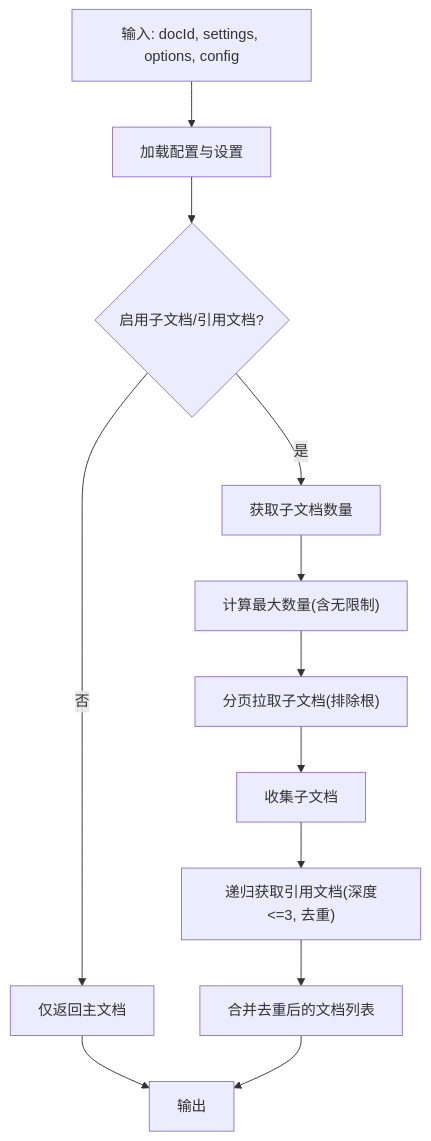
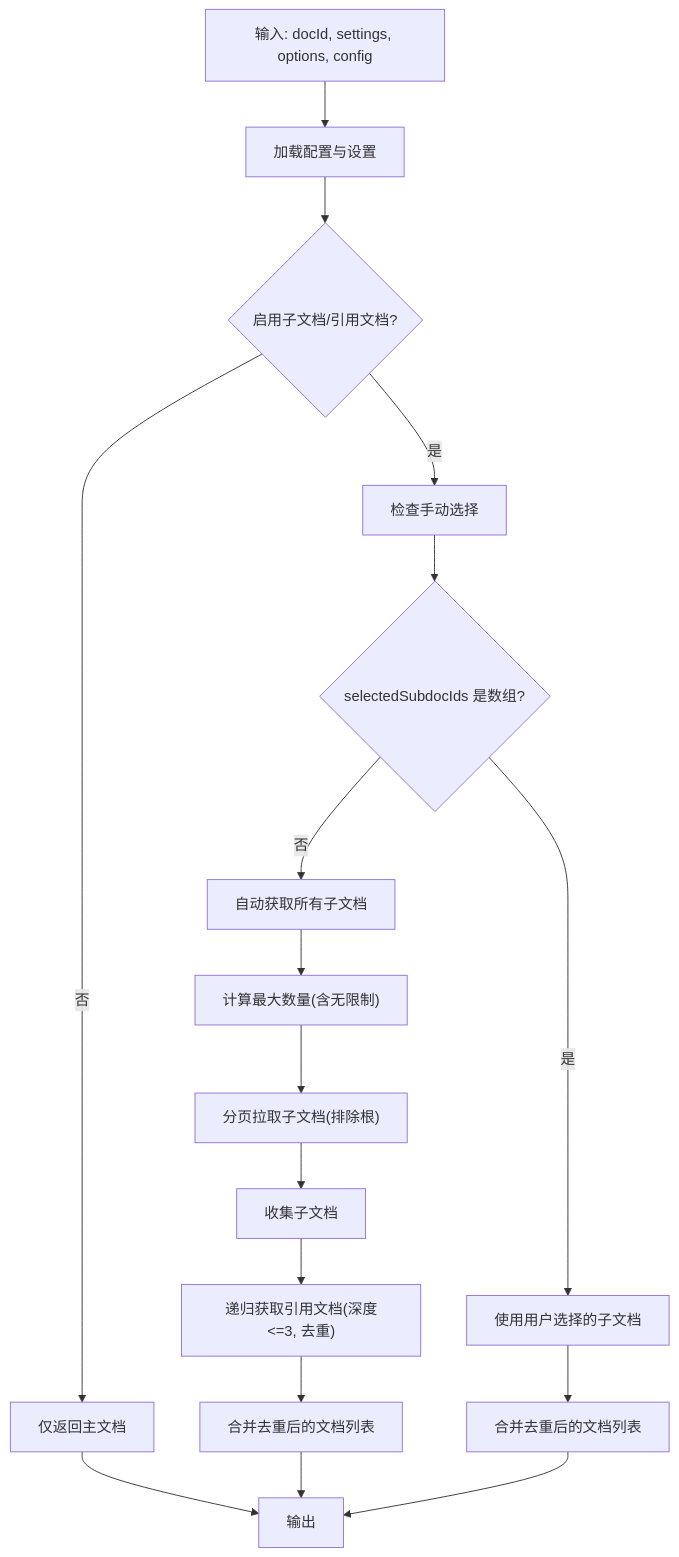
One commit to terwerinc/siyuan-plugin-share-pro changed the sixth of 7 diagrams in .qoder/repowiki/zh/content/核心功能/分享服务.md. Above: the diagram before and after it, drawn with Mermaid. The commit also changed other lines of this file and 10 other files, not shown here.

````diff
--- a/.qoder/repowiki/zh/content/核心功能/分享服务.md
+++ b/.qoder/repowiki/zh/content/核心功能/分享服务.md
@@ -327,14 +348,19 @@
 ```mermaid
 flowchart TD
 A["输入: docId, settings, options, config"] --> B["加载配置与设置"]
 B --> C{"启用子文档/引用文档?"}
 C -- 否 --> D["仅返回主文档"]
-C -- 是 --> E["获取子文档数量"]
-E --> F["计算最大数量(含无限制)"]
-F --> G["分页拉取子文档(排除根)"]
-G --> H["收集子文档"]
-H --> I["递归获取引用文档(深度<=3, 去重)"]
-I --> J["合并去重后的文档列表"]
-D --> K["输出"]
-J --> K
+C -- 是 --> E["检查手动选择"]
+E --> F{"selectedSubdocIds 是数组?"}
+F -- 是 --> G["使用用户选择的子文档"]
+F -- 否 --> H["自动获取所有子文档"]
+H --> I["计算最大数量(含无限制)"]
+I --> J["分页拉取子文档(排除根)"]
+J --> K["收集子文档"]
+K --> L["递归获取引用文档(深度<=3, 去重)"]
+G --> M["合并去重后的文档列表"]
+L --> N["合并去重后的文档列表"]
+D --> O["输出"]
+N --> O
+M --> O
 ```
````
